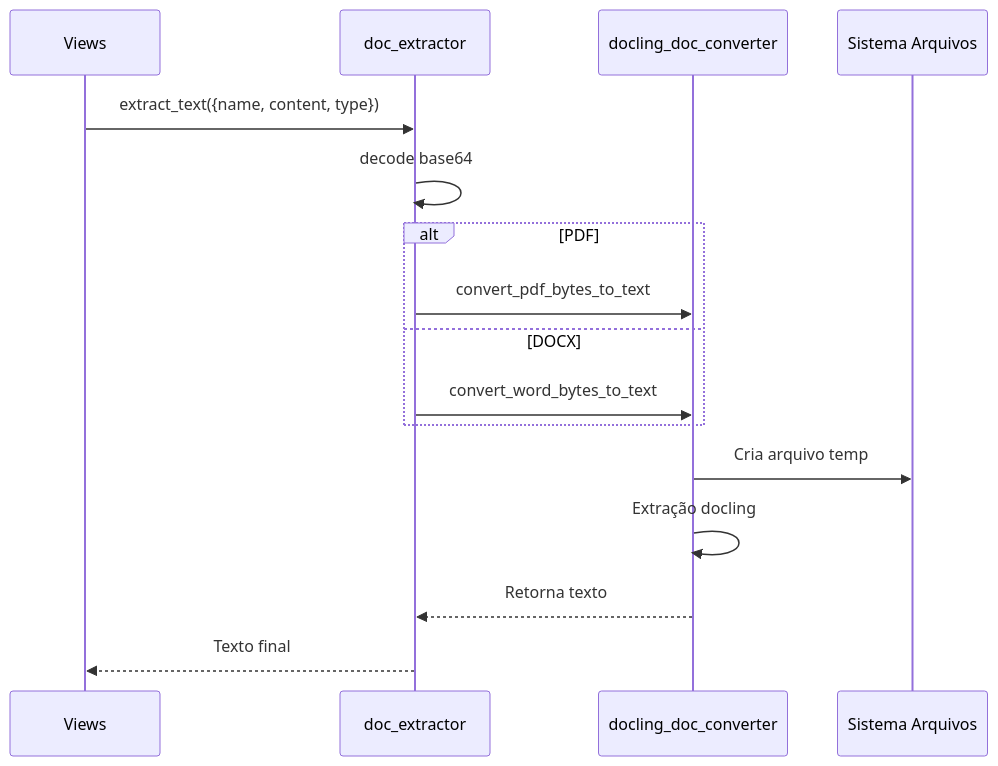
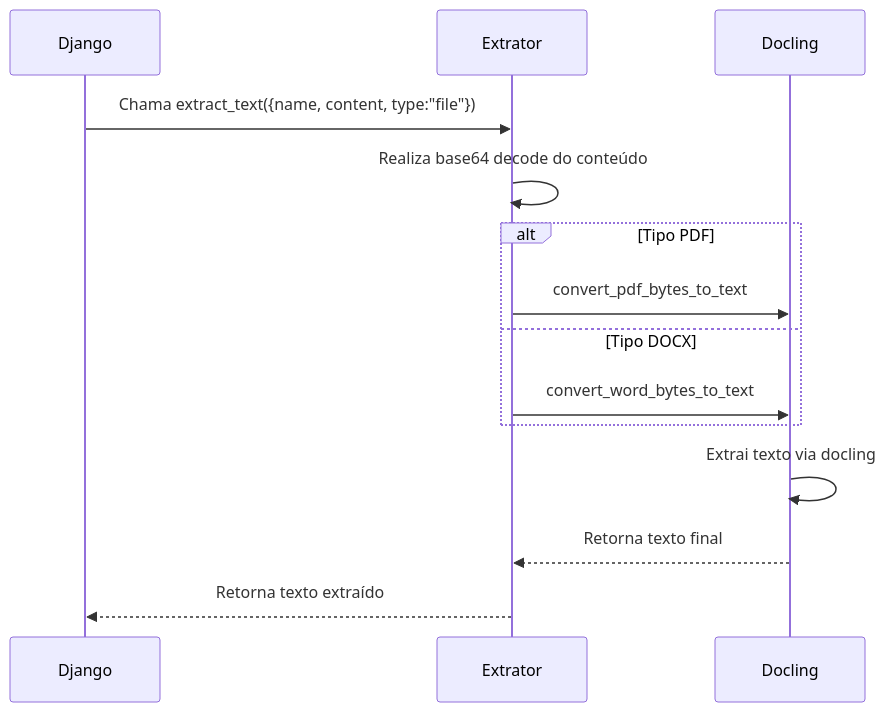
One commit to diegogrosmann/EnsinaNet.AI changed diagram 16 of 26 in README.md. Above: the diagram before and after it, drawn with Mermaid. The commit also changed other lines of this file and 117 other files, not shown here.

````diff
--- a/README.md
+++ b/README.md
@@ -882,19 +965,17 @@
 ```mermaid
 sequenceDiagram
-    participant V as Views
-    participant D as doc_extractor
-    participant DC as docling_doc_converter
-    participant FS as Sistema Arquivos
+    participant D as Django
+    participant EX as Extrator
+    participant DC as Docling
 
-    V->>D: extract_text({name, content, type})
-    D->>D: decode base64
-    alt PDF
-        D->>DC: convert_pdf_bytes_to_text
-    else DOCX
-        D->>DC: convert_word_bytes_to_text
+    D->>EX: Chama extract_text({name, content, type:"file"})
+    EX->>EX: Realiza base64 decode do conteúdo
+    alt Tipo PDF
+        EX->>DC: convert_pdf_bytes_to_text
+    else Tipo DOCX
+        EX->>DC: convert_word_bytes_to_text
     end
-    DC->>FS: Cria arquivo temp
-    DC->>DC: Extração docling
-    DC-->>D: Retorna texto
-    D-->>V: Texto final
+    DC->>DC: Extrai texto via docling
+    DC-->>EX: Retorna texto final
+    EX-->>D: Retorna texto extraído
 ```
````
